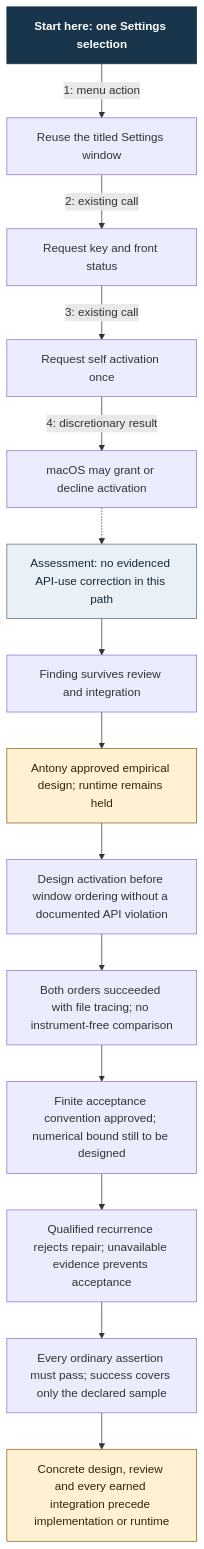
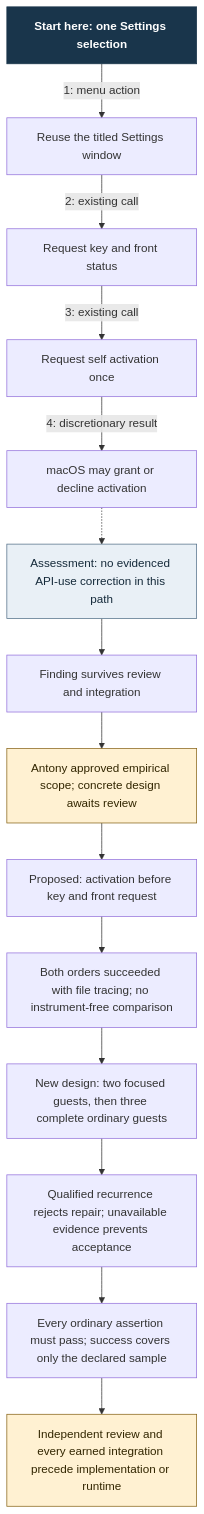
Before and after one commit to Linkuistics/Koine: the diagram in docs/design/architecture/settings-activation/correction-assessment.mmd, drawn with Mermaid. The commit also changed 21 other files, not shown here.

Commit message:
settings-activation-ordering-evaluation-k49: define single-request ordering and finite evaluation

```diff
--- a/docs/design/architecture/settings-activation/correction-assessment.mmd
+++ b/docs/design/architecture/settings-activation/correction-assessment.mmd
@@ -1,18 +1,18 @@
 flowchart TD
     S["Start here: one Settings selection"]:::start
     S -->|1: menu action| W["Reuse the titled Settings window"]
     W -->|2: existing call| K["Request key and front status"]
     K -->|3: existing call| A["Request self activation once"]
     A -->|4: discretionary result| O["macOS may grant or decline activation"]
     O -.-> F["Assessment: no evidenced API-use correction in this path"]:::finding
     F --> R["Finding survives review and integration"]
-    R --> Q["Antony approved empirical design; runtime remains held"]:::hold
-    Q --> E["Design activation before window ordering without a documented API violation"]
+    R --> Q["Antony approved empirical scope; concrete design awaits review"]:::hold
+    Q --> E["Proposed: activation before key and front request"]
     E --> I["Both orders succeeded with file tracing; no instrument-free comparison"]
-    I --> C["Finite acceptance convention approved; numerical bound still to be designed"]
+    I --> C["New design: two focused guests, then three complete ordinary guests"]
     C --> P["Qualified recurrence rejects repair; unavailable evidence prevents acceptance"]
     P --> B["Every ordinary assertion must pass; success covers only the declared sample"]
-    B --> D["Concrete design, review and every earned integration precede implementation or runtime"]:::hold
+    B --> D["Independent review and every earned integration precede implementation or runtime"]:::hold
     classDef start fill:#19354b,color:#fff,font-weight:bold,stroke:#19354b
     classDef finding fill:#e9f0f6,color:#152a3a,stroke:#526f87
     classDef hold fill:#fff1d2,color:#322600,stroke:#866216
```
